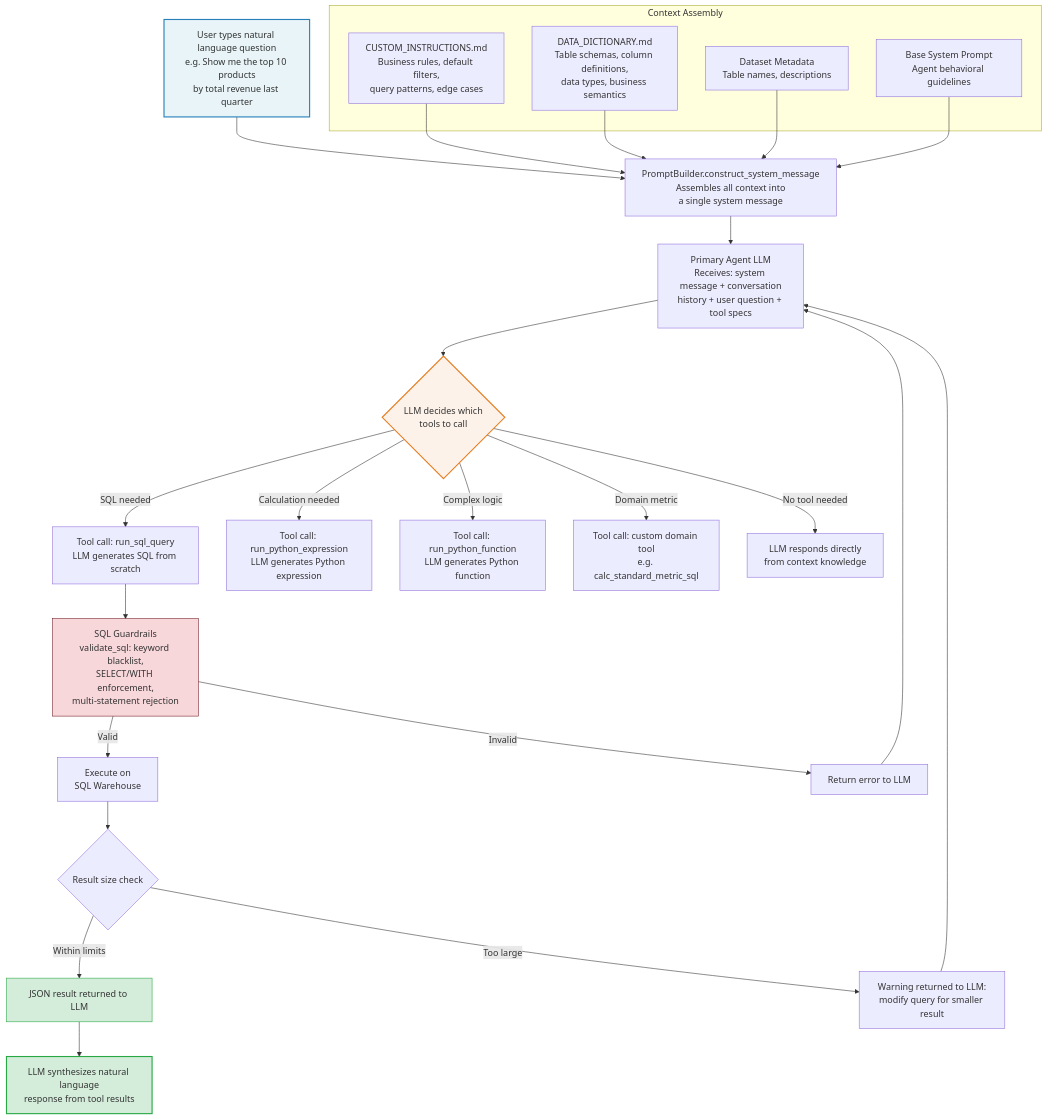
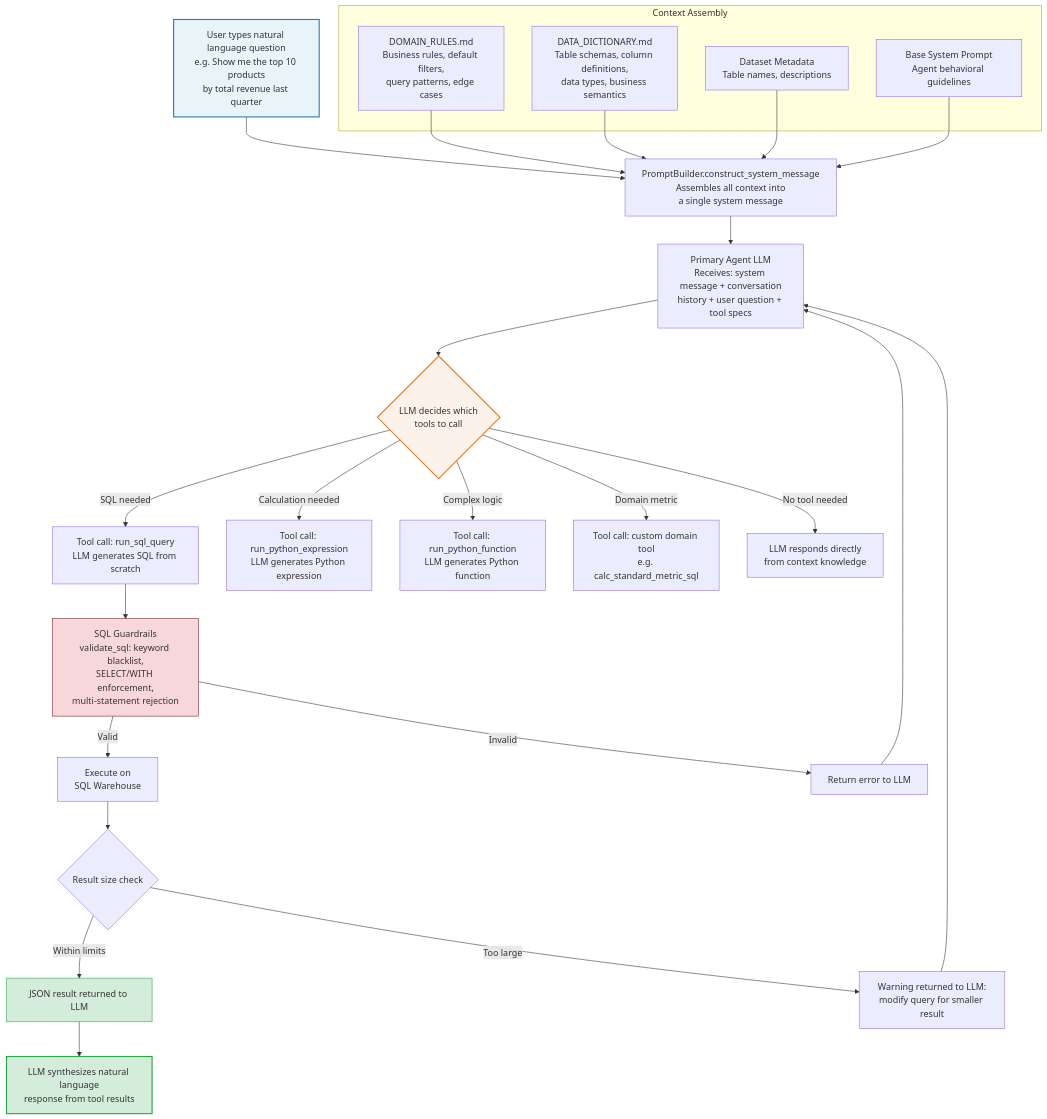
Before and after one commit to dimitarpg13/agentic_architectures_and_design_patterns: the diagram in notebooks/actor-critic/user_input.md, drawn with Mermaid. The commit also changed other lines of this file, not shown here.

````diff
--- a/notebooks/actor-critic/user_input.md
+++ b/notebooks/actor-critic/user_input.md
@@ -5,49 +5,49 @@
 ```mermaid
 flowchart TD
     U["User types natural language question<br/>e.g. Show me the top 10 products<br/>by total revenue last quarter"]
 
     subgraph ContextAssembly["Context Assembly"]
-        CI["CUSTOM_INSTRUCTIONS.md<br/>Business rules, default filters,<br/>query patterns, edge cases"]
+        CI["DOMAIN_RULES.md<br/>Business rules, default filters,<br/>query patterns, edge cases"]
         DD["DATA_DICTIONARY.md<br/>Table schemas, column definitions,<br/>data types, business semantics"]
         META["Dataset Metadata<br/>Table names, descriptions"]
         BP["Base System Prompt<br/>Agent behavioral guidelines"]
     end
 
     PB["PromptBuilder.construct_system_message<br/>Assembles all context into<br/>a single system message"]
 
     LLM["Primary Agent LLM<br/>Receives: system message + conversation<br/>history + user question + tool specs"]
 
     DECIDE{"LLM decides which<br/>tools to call"}
 
     DECIDE -->|SQL needed| SQL_TC["Tool call: run_sql_query<br/>LLM generates SQL from scratch"]
     DECIDE -->|Calculation needed| PY_TC["Tool call: run_python_expression<br/>LLM generates Python expression"]
     DECIDE -->|Complex logic| FN_TC["Tool call: run_python_function<br/>LLM generates Python function"]
     DECIDE -->|Domain metric| CUSTOM_TC["Tool call: custom domain tool<br/>e.g. calc_standard_metric_sql"]
     DECIDE -->|No tool needed| DIRECT["LLM responds directly<br/>from context knowledge"]
 
     SQL_TC --> VALIDATE["SQL Guardrails<br/>validate_sql: keyword blacklist,<br/>SELECT/WITH enforcement,<br/>multi-statement rejection"]
     VALIDATE -->|Valid| EXEC["Execute on<br/>SQL Warehouse"]
     VALIDATE -->|Invalid| REJECT["Return error to LLM"]
 
     EXEC --> SIZE{"Result size check"}
     SIZE -->|Within limits| RESULT["JSON result returned to LLM"]
     SIZE -->|Too large| TRUNCWARN["Warning returned to LLM:<br/>modify query for smaller result"]
 
     RESULT --> RESPONSE["LLM synthesizes natural language<br/>response from tool results"]
     REJECT --> LLM
     TRUNCWARN --> LLM
 
     U --> PB
     CI --> PB
     DD --> PB
     META --> PB
     BP --> PB
     PB --> LLM
     LLM --> DECIDE
 
     style U fill:#e8f4f8,stroke:#2980b9,stroke-width:2px
     style DECIDE fill:#fdf2e9,stroke:#e67e22,stroke-width:2px
     style VALIDATE fill:#f8d7da,stroke:#721c24
     style RESULT fill:#d4edda,stroke:#28a745
     style RESPONSE fill:#d4edda,stroke:#28a745,stroke-width:2px
 ```
````
